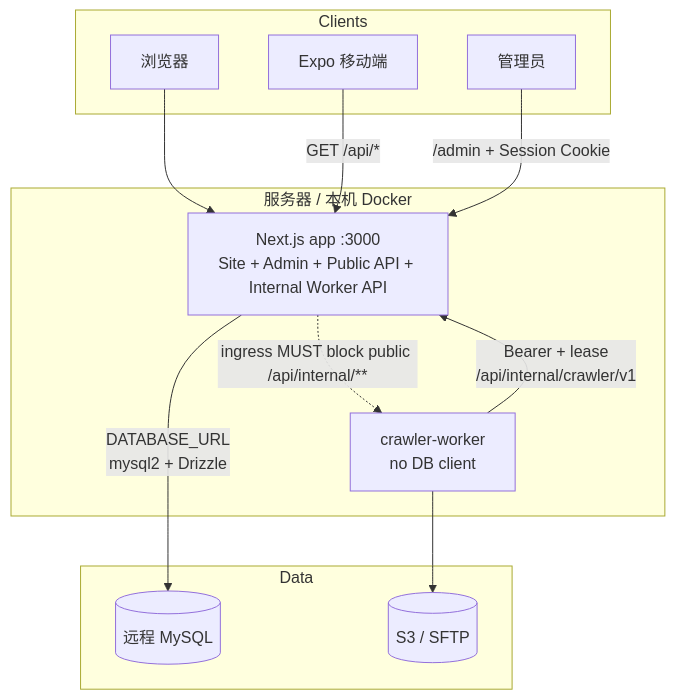
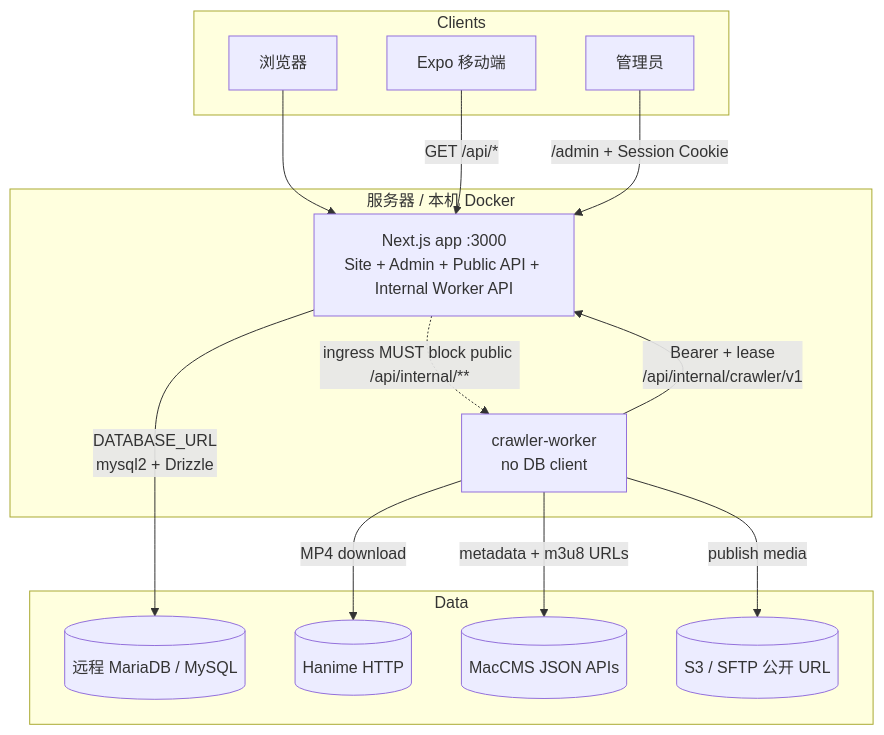
Before and after one commit to SakurajimMai/hentaiworkers: the first of 4 diagrams in docs/architecture.md, drawn with Mermaid. The commit also changed other lines of this file and 227 other files, not shown here.

````diff
--- a/docs/architecture.md
+++ b/docs/architecture.md
@@ -13,26 +14,30 @@
 ```mermaid
 flowchart TB
   subgraph Clients
     Browser[浏览器]
     Mobile[Expo 移动端]
     AdminUser[管理员]
   end
 
   subgraph DockerHost["服务器 / 本机 Docker"]
     App["Next.js app :3000<br/>Site + Admin + Public API + Internal Worker API"]
     Worker["crawler-worker<br/>no DB client"]
   end
 
   subgraph Data
-    MySQL[(远程 MySQL)]
-    ObjectStore[(S3 / SFTP)]
+    MySQL[(远程 MariaDB / MySQL)]
+    Hanime[(Hanime HTTP)]
+    MacCMS[(MacCMS JSON APIs)]
+    ObjectStore[(S3 / SFTP 公开 URL)]
   end
 
   Browser --> App
   Mobile -->|GET /api/*| App
   AdminUser -->|/admin + Session Cookie| App
   App -->|DATABASE_URL<br/>mysql2 + Drizzle| MySQL
   Worker -->|Bearer + lease<br/>/api/internal/crawler/v1| App
-  Worker --> ObjectStore
+  Worker -->|MP4 download| Hanime
+  Worker -->|metadata + m3u8 URLs| MacCMS
+  Worker -->|publish media| ObjectStore
   App -.->|ingress MUST block public /api/internal/**| Worker
 ```
````
